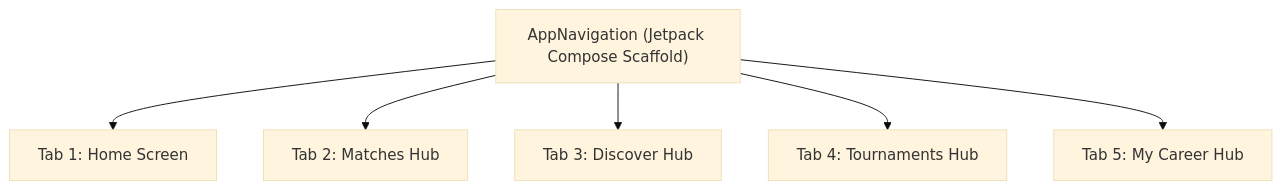
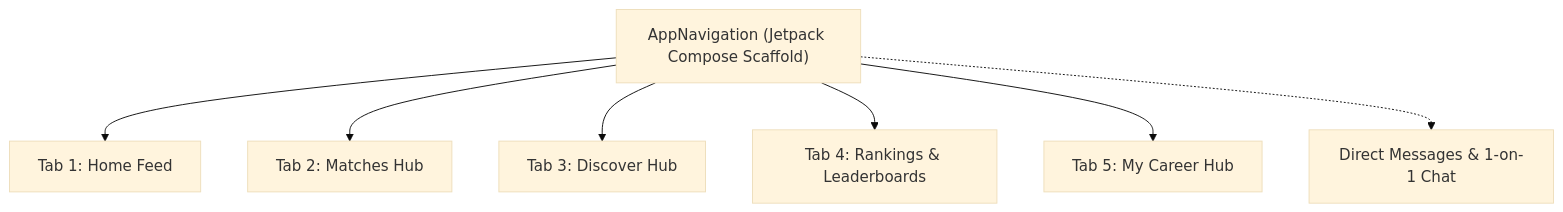
One commit to shreekunal/CricSaga changed the third of 3 diagrams in md/CricSaga_Production_Specification_and_Architecture.md. Above: the diagram before and after it, drawn with Mermaid (base theme). The commit also changed other lines of this file and 15 other files, not shown here.

````diff
--- a/md/CricSaga_Production_Specification_and_Architecture.md
+++ b/md/CricSaga_Production_Specification_and_Architecture.md
@@ -404,9 +404,10 @@
 ```mermaid
 graph TD
     AppNav["AppNavigation (Jetpack Compose Scaffold)"]
-    AppNav --> Tab1["Tab 1: Home Screen"]
+    AppNav --> Tab1["Tab 1: Home Feed"]
     AppNav --> Tab2["Tab 2: Matches Hub"]
     AppNav --> Tab3["Tab 3: Discover Hub"]
-    AppNav --> Tab4["Tab 4: Tournaments Hub"]
+    AppNav --> Tab4["Tab 4: Rankings & Leaderboards"]
     AppNav --> Tab5["Tab 5: My Career Hub"]
+    AppNav -.-> DM["Direct Messages & 1-on-1 Chat"]
 ```
````
